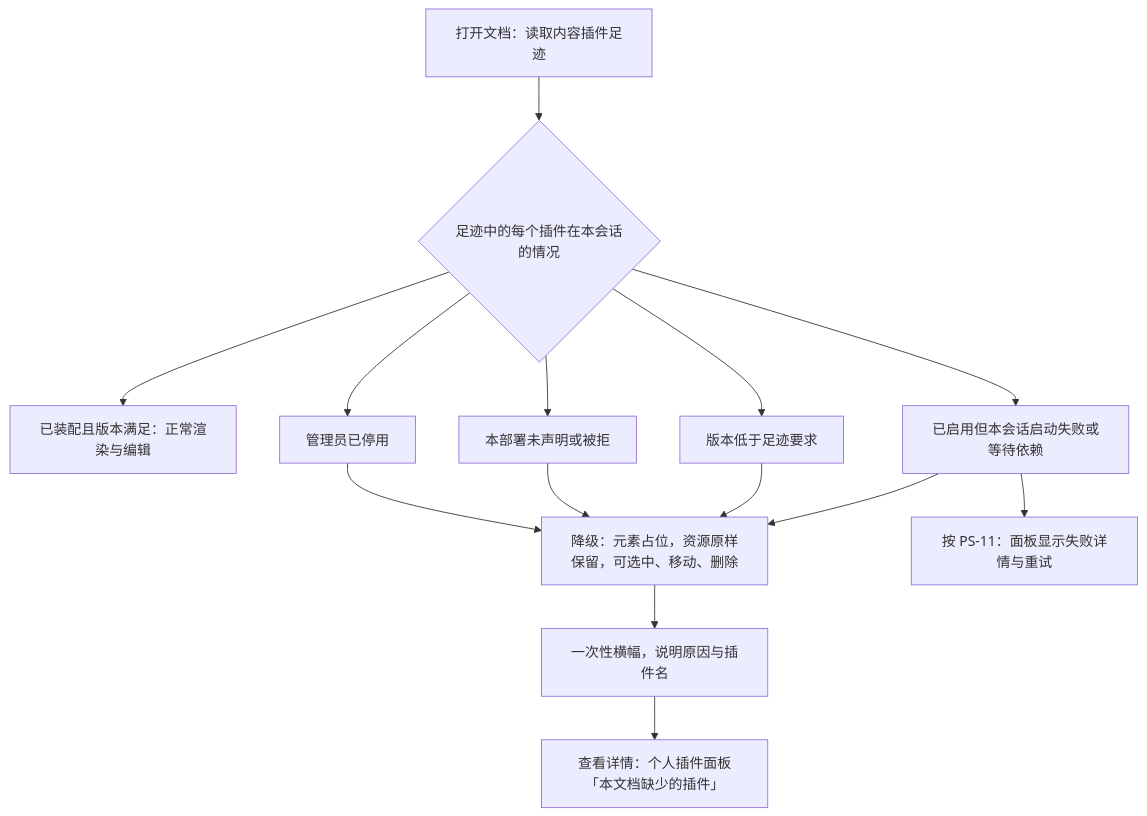
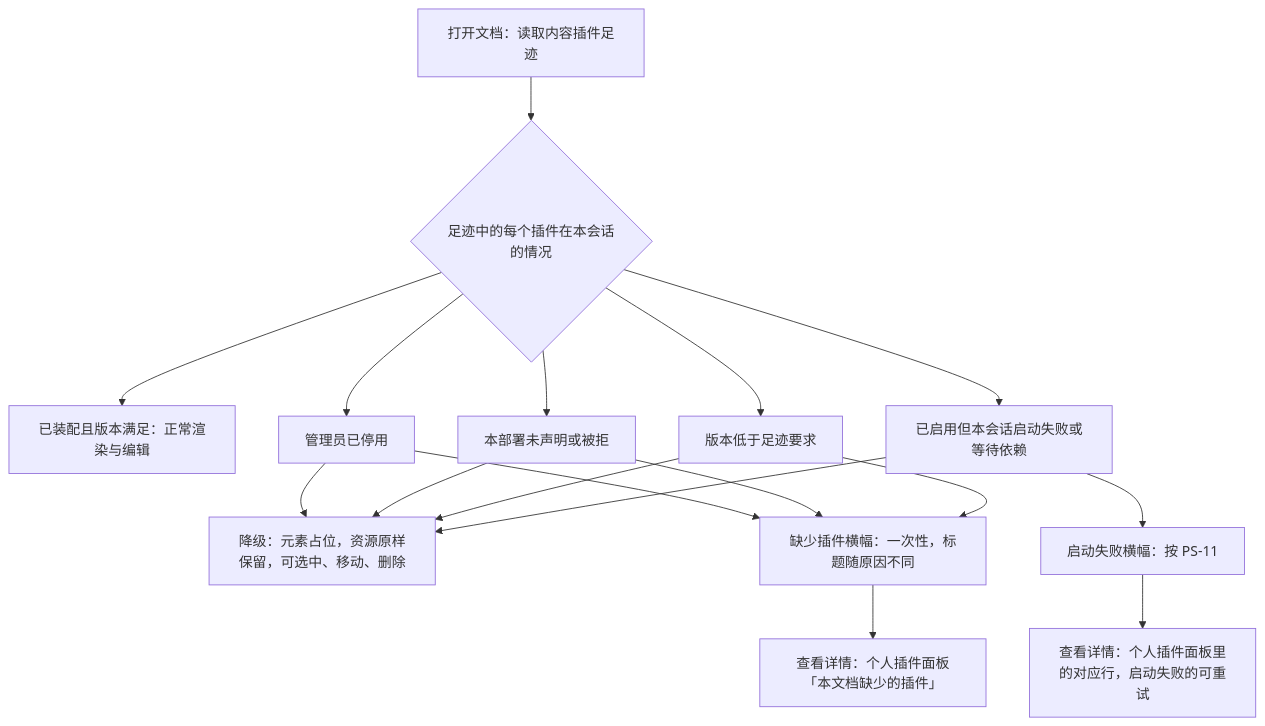
The fifth of 5 diagrams in docs/10-prd/03-features/09-plugin-manager.md (Xeonice/cordis-ppt-editor), drawn with Mermaid before and after one commit. The commit also changed other lines of this file and 19 other files, not shown here.

````diff
--- a/docs/10-prd/03-features/09-plugin-manager.md
+++ b/docs/10-prd/03-features/09-plugin-manager.md
@@ -323,27 +329,31 @@
 ```mermaid
 flowchart TB
   open["打开文档：读取内容插件足迹"]
   each{"足迹中的每个插件在本会话的情况"}
   ok["已装配且版本满足：正常渲染与编辑"]
   disabled["管理员已停用"]
   missing["本部署未声明或被拒"]
   old["版本低于足迹要求"]
   failed["已启用但本会话启动失败或等待依赖"]
   degrade["降级：元素占位，资源原样保留，可选中、移动、删除"]
-  banner["一次性横幅，说明原因与插件名"]
-  ps11["按 PS-11：面板显示失败详情与重试"]
+  banner["缺少插件横幅：一次性，标题随原因不同"]
+  failBanner["启动失败横幅：按 PS-11"]
   panel["查看详情：个人插件面板「本文档缺少的插件」"]
+  row["查看详情：个人插件面板里的对应行，启动失败的可重试"]
   open --> each
   each --> ok
   each --> disabled
   each --> missing
   each --> old
   each --> failed
   disabled --> degrade
   missing --> degrade
   old --> degrade
   failed --> degrade
-  degrade --> banner
-  failed --> ps11
+  disabled --> banner
+  missing --> banner
+  old --> banner
+  failed --> failBanner
   banner --> panel
+  failBanner --> row
 ```
````
